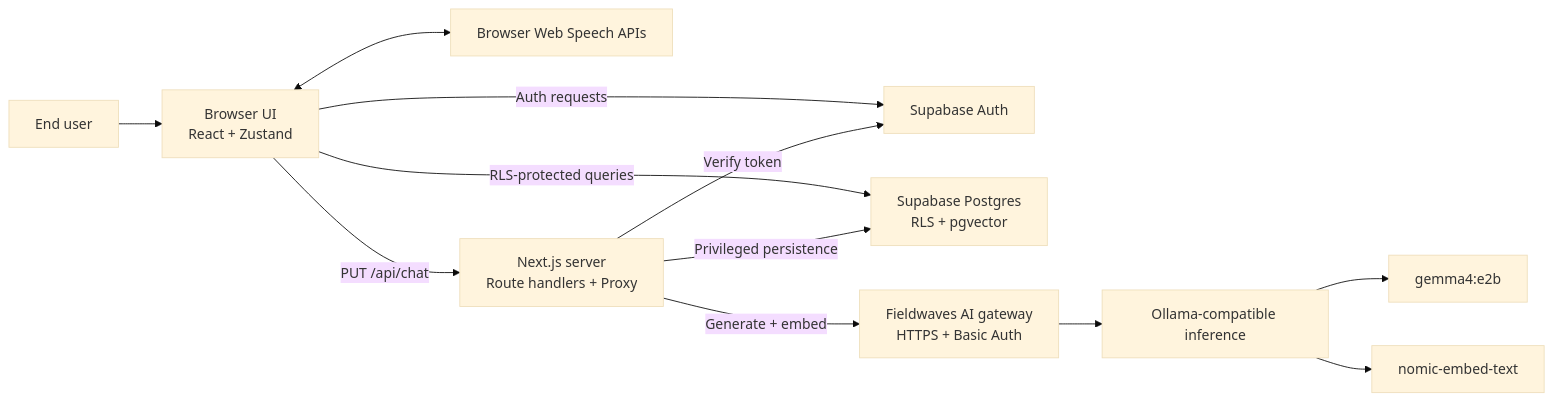
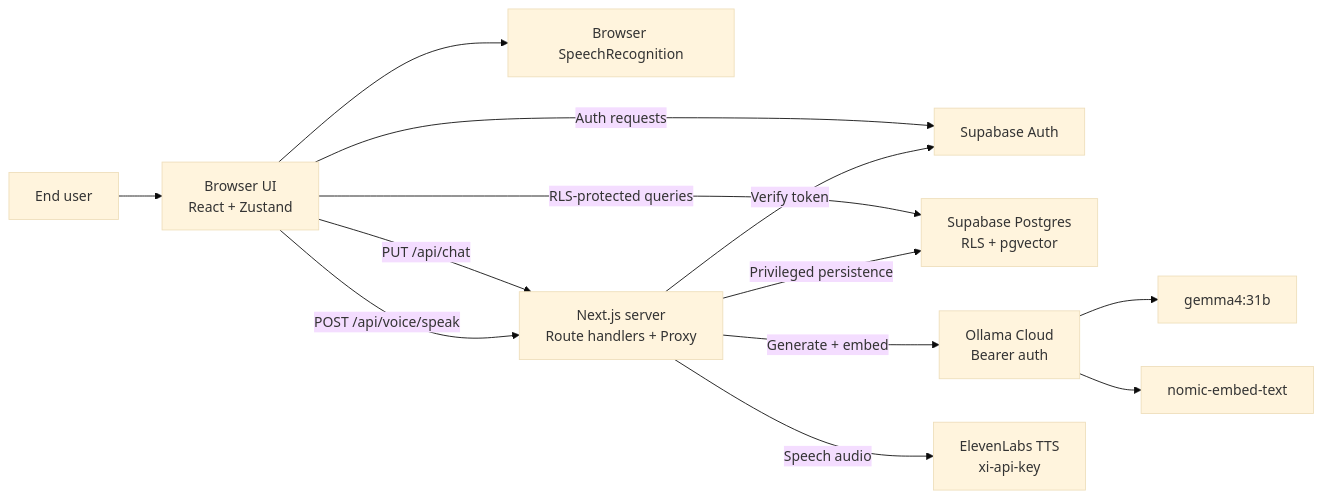
Before and after one commit to mardan-shah/voice-app: the first of 9 diagrams in README.md, drawn with Mermaid (base theme). The commit also changed other lines of this file and 22 other files, not shown here.

````diff
--- a/README.md
+++ b/README.md
@@ -397,25 +399,26 @@
 ```mermaid
 flowchart LR
     User["End user"]
     Browser["Browser UI<br/>React + Zustand"]
-    Speech["Browser Web Speech APIs"]
+    Speech["Browser SpeechRecognition"]
     Next["Next.js server<br/>Route handlers + Proxy"]
     Auth["Supabase Auth"]
     DB["Supabase Postgres<br/>RLS + pgvector"]
-    Gateway["Fieldwaves AI gateway<br/>HTTPS + Basic Auth"]
-    Ollama["Ollama-compatible inference"]
-    ChatModel["gemma4:e2b"]
+    Ollama["Ollama Cloud<br/>Bearer auth"]
+    Eleven["ElevenLabs TTS<br/>xi-api-key"]
+    ChatModel["gemma4:31b"]
     EmbedModel["nomic-embed-text"]
 
     User --> Browser
-    Browser <--> Speech
+    Browser --> Speech
     Browser -->|"Auth requests"| Auth
     Browser -->|"RLS-protected queries"| DB
     Browser -->|"PUT /api/chat"| Next
+    Browser -->|"POST /api/voice/speak"| Next
     Next -->|"Verify token"| Auth
     Next -->|"Privileged persistence"| DB
-    Next -->|"Generate + embed"| Gateway
-    Gateway --> Ollama
+    Next -->|"Generate + embed"| Ollama
+    Next -->|"Speech audio"| Eleven
     Ollama --> ChatModel
     Ollama --> EmbedModel
 ```
````
